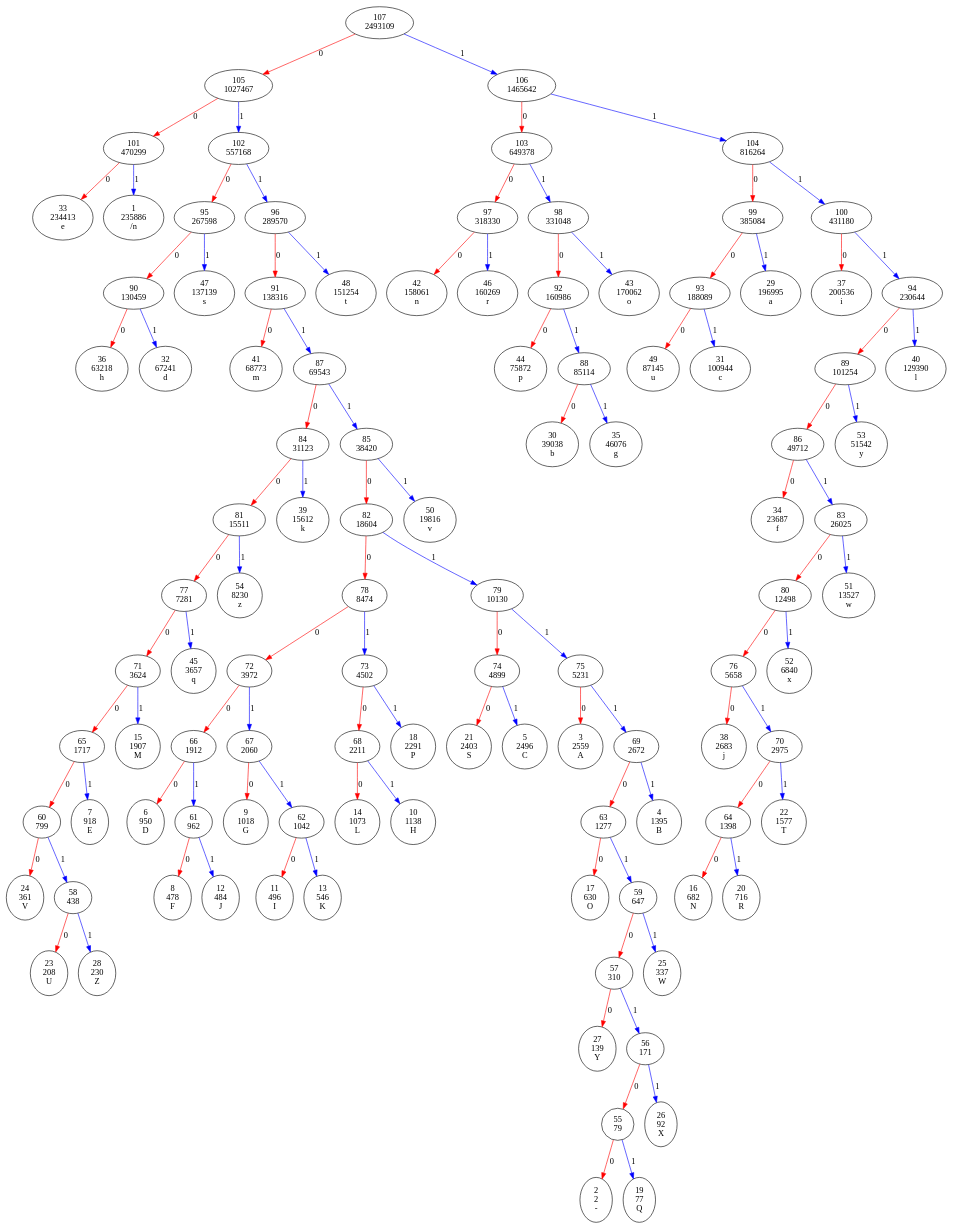
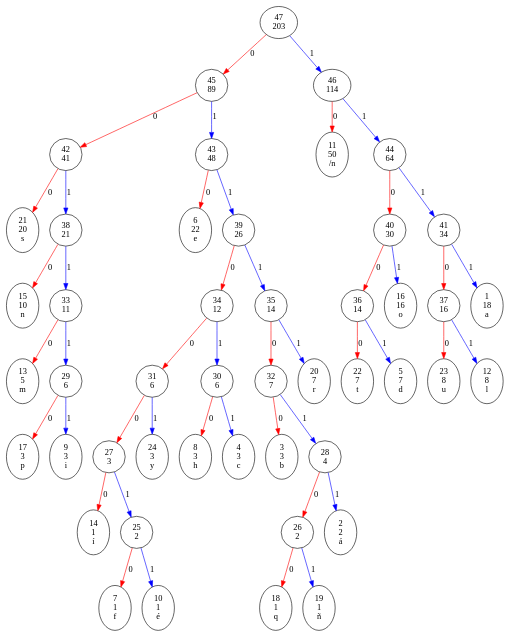
Before and after one commit to two-astronauts/java-huffman-coding: the diagram in files/test.dot, drawn with Graphviz. The commit also changed 6 other files, not shown here.

```diff
--- a/files/test.dot
+++ b/files/test.dot
@@ -1,109 +1,49 @@
 ## Command to generate pdf:  dot -Tpdf test.dot -o test.pdf
 digraph g {
- "107\n2493109" -> "105\n1027467" [color=red, label=0]
- "105\n1027467" -> "101\n470299" [color=red, label=0]
- "101\n470299" -> "33\n234413\n e" [color=red, label=0]
- "101\n470299" -> "1\n235886\n /n" [color=blue, label=1]
- "105\n1027467" -> "102\n557168" [color=blue, label=1]
- "102\n557168" -> "95\n267598" [color=red, label=0]
- "95\n267598" -> "90\n130459" [color=red, label=0]
- "90\n130459" -> "36\n63218\n h" [color=red, label=0]
- "90\n130459" -> "32\n67241\n d" [color=blue, label=1]
- "95\n267598" -> "47\n137139\n s" [color=blue, label=1]
- "102\n557168" -> "96\n289570" [color=blue, label=1]
- "96\n289570" -> "91\n138316" [color=red, label=0]
- "91\n138316" -> "41\n68773\n m" [color=red, label=0]
- "91\n138316" -> "87\n69543" [color=blue, label=1]
- "87\n69543" -> "84\n31123" [color=red, label=0]
- "84\n31123" -> "81\n15511" [color=red, label=0]
- "81\n15511" -> "77\n7281" [color=red, label=0]
- "77\n7281" -> "71\n3624" [color=red, label=0]
- "71\n3624" -> "65\n1717" [color=red, label=0]
- "65\n1717" -> "60\n799" [color=red, label=0]
- "60\n799" -> "24\n361\n V" [color=red, label=0]
- "60\n799" -> "58\n438" [color=blue, label=1]
- "58\n438" -> "23\n208\n U" [color=red, label=0]
- "58\n438" -> "28\n230\n Z" [color=blue, label=1]
- "65\n1717" -> "7\n918\n E" [color=blue, label=1]
- "71\n3624" -> "15\n1907\n M" [color=blue, label=1]
- "77\n7281" -> "45\n3657\n q" [color=blue, label=1]
- "81\n15511" -> "54\n8230\n z" [color=blue, label=1]
- "84\n31123" -> "39\n15612\n k" [color=blue, label=1]
- "87\n69543" -> "85\n38420" [color=blue, label=1]
- "85\n38420" -> "82\n18604" [color=red, label=0]
- "82\n18604" -> "78\n8474" [color=red, label=0]
- "78\n8474" -> "72\n3972" [color=red, label=0]
- "72\n3972" -> "66\n1912" [color=red, label=0]
- "66\n1912" -> "6\n950\n D" [color=red, label=0]
- "66\n1912" -> "61\n962" [color=blue, label=1]
- "61\n962" -> "8\n478\n F" [color=red, label=0]
- "61\n962" -> "12\n484\n J" [color=blue, label=1]
- "72\n3972" -> "67\n2060" [color=blue, label=1]
- "67\n2060" -> "9\n1018\n G" [color=red, label=0]
- "67\n2060" -> "62\n1042" [color=blue, label=1]
- "62\n1042" -> "11\n496\n I" [color=red, label=0]
- "62\n1042" -> "13\n546\n K" [color=blue, label=1]
- "78\n8474" -> "73\n4502" [color=blue, label=1]
- "73\n4502" -> "68\n2211" [color=red, label=0]
- "68\n2211" -> "14\n1073\n L" [color=red, label=0]
- "68\n2211" -> "10\n1138\n H" [color=blue, label=1]
- "73\n4502" -> "18\n2291\n P" [color=blue, label=1]
- "82\n18604" -> "79\n10130" [color=blue, label=1]
- "79\n10130" -> "74\n4899" [color=red, label=0]
- "74\n4899" -> "21\n2403\n S" [color=red, label=0]
- "74\n4899" -> "5\n2496\n C" [color=blue, label=1]
- "79\n10130" -> "75\n5231" [color=blue, label=1]
- "75\n5231" -> "3\n2559\n A" [color=red, label=0]
- "75\n5231" -> "69\n2672" [color=blue, label=1]
- "69\n2672" -> "63\n1277" [color=red, label=0]
- "63\n1277" -> "17\n630\n O" [color=red, label=0]
- "63\n1277" -> "59\n647" [color=blue, label=1]
- "59\n647" -> "57\n310" [color=red, label=0]
- "57\n310" -> "27\n139\n Y" [color=red, label=0]
- "57\n310" -> "56\n171" [color=blue, label=1]
- "56\n171" -> "55\n79" [color=red, label=0]
- "55\n79" -> "2\n2\n -" [color=red, label=0]
- "55\n79" -> "19\n77\n Q" [color=blue, label=1]
- "56\n171" -> "26\n92\n X" [color=blue, label=1]
- "59\n647" -> "25\n337\n W" [color=blue, label=1]
- "69\n2672" -> "4\n1395\n B" [color=blue, label=1]
- "85\n38420" -> "50\n19816\n v" [color=blue, label=1]
- "96\n289570" -> "48\n151254\n t" [color=blue, label=1]
- "107\n2493109" -> "106\n1465642" [color=blue, label=1]
- "106\n1465642" -> "103\n649378" [color=red, label=0]
- "103\n649378" -> "97\n318330" [color=red, label=0]
- "97\n318330" -> "42\n158061\n n" [color=red, label=0]
- "97\n318330" -> "46\n160269\n r" [color=blue, label=1]
- "103\n649378" -> "98\n331048" [color=blue, label=1]
- "98\n331048" -> "92\n160986" [color=red, label=0]
- "92\n160986" -> "44\n75872\n p" [color=red, label=0]
- "92\n160986" -> "88\n85114" [color=blue, label=1]
- "88\n85114" -> "30\n39038\n b" [color=red, label=0]
- "88\n85114" -> "35\n46076\n g" [color=blue, label=1]
- "98\n331048" -> "43\n170062\n o" [color=blue, label=1]
- "106\n1465642" -> "104\n816264" [color=blue, label=1]
- "104\n816264" -> "99\n385084" [color=red, label=0]
- "99\n385084" -> "93\n188089" [color=red, label=0]
- "93\n188089" -> "49\n87145\n u" [color=red, label=0]
- "93\n188089" -> "31\n100944\n c" [color=blue, label=1]
- "99\n385084" -> "29\n196995\n a" [color=blue, label=1]
- "104\n816264" -> "100\n431180" [color=blue, label=1]
- "100\n431180" -> "37\n200536\n i" [color=red, label=0]
- "100\n431180" -> "94\n230644" [color=blue, label=1]
- "94\n230644" -> "89\n101254" [color=red, label=0]
- "89\n101254" -> "86\n49712" [color=red, label=0]
- "86\n49712" -> "34\n23687\n f" [color=red, label=0]
- "86\n49712" -> "83\n26025" [color=blue, label=1]
- "83\n26025" -> "80\n12498" [color=red, label=0]
- "80\n12498" -> "76\n5658" [color=red, label=0]
- "76\n5658" -> "38\n2683\n j" [color=red, label=0]
- "76\n5658" -> "70\n2975" [color=blue, label=1]
- "70\n2975" -> "64\n1398" [color=red, label=0]
- "64\n1398" -> "16\n682\n N" [color=red, label=0]
- "64\n1398" -> "20\n716\n R" [color=blue, label=1]
- "70\n2975" -> "22\n1577\n T" [color=blue, label=1]
- "80\n12498" -> "52\n6840\n x" [color=blue, label=1]
- "83\n26025" -> "51\n13527\n w" [color=blue, label=1]
- "89\n101254" -> "53\n51542\n y" [color=blue, label=1]
- "94\n230644" -> "40\n129390\n l" [color=blue, label=1]
+ "47\n203" -> "45\n89" [color=red, label=0]
+ "45\n89" -> "42\n41" [color=red, label=0]
+ "42\n41" -> "21\n20\n s" [color=red, label=0]
+ "42\n41" -> "38\n21" [color=blue, label=1]
+ "38\n21" -> "15\n10\n n" [color=red, label=0]
+ "38\n21" -> "33\n11" [color=blue, label=1]
+ "33\n11" -> "13\n5\n m" [color=red, label=0]
+ "33\n11" -> "29\n6" [color=blue, label=1]
+ "29\n6" -> "17\n3\n p" [color=red, label=0]
+ "29\n6" -> "9\n3\n i" [color=blue, label=1]
+ "45\n89" -> "43\n48" [color=blue, label=1]
+ "43\n48" -> "6\n22\n e" [color=red, label=0]
+ "43\n48" -> "39\n26" [color=blue, label=1]
+ "39\n26" -> "34\n12" [color=red, label=0]
+ "34\n12" -> "31\n6" [color=red, label=0]
+ "31\n6" -> "27\n3" [color=red, label=0]
+ "27\n3" -> "14\n1\n í" [color=red, label=0]
+ "27\n3" -> "25\n2" [color=blue, label=1]
+ "25\n2" -> "7\n1\n f" [color=red, label=0]
+ "25\n2" -> "10\n1\n é" [color=blue, label=1]
+ "31\n6" -> "24\n3\n y" [color=blue, label=1]
+ "34\n12" -> "30\n6" [color=blue, label=1]
+ "30\n6" -> "8\n3\n h" [color=red, label=0]
+ "30\n6" -> "4\n3\n c" [color=blue, label=1]
+ "39\n26" -> "35\n14" [color=blue, label=1]
+ "35\n14" -> "32\n7" [color=red, label=0]
+ "32\n7" -> "3\n3\n b" [color=red, label=0]
+ "32\n7" -> "28\n4" [color=blue, label=1]
+ "28\n4" -> "26\n2" [color=red, label=0]
+ "26\n2" -> "18\n1\n q" [color=red, label=0]
+ "26\n2" -> "19\n1\n ñ" [color=blue, label=1]
+ "28\n4" -> "2\n2\n á" [color=blue, label=1]
+ "35\n14" -> "20\n7\n r" [color=blue, label=1]
+ "47\n203" -> "46\n114" [color=blue, label=1]
+ "46\n114" -> "11\n50\n /n" [color=red, label=0]
+ "46\n114" -> "44\n64" [color=blue, label=1]
+ "44\n64" -> "40\n30" [color=red, label=0]
+ "40\n30" -> "36\n14" [color=red, label=0]
+ "36\n14" -> "22\n7\n t" [color=red, label=0]
+ "36\n14" -> "5\n7\n d" [color=blue, label=1]
+ "40\n30" -> "16\n16\n o" [color=blue, label=1]
+ "44\n64" -> "41\n34" [color=blue, label=1]
+ "41\n34" -> "37\n16" [color=red, label=0]
+ "37\n16" -> "23\n8\n u" [color=red, label=0]
+ "37\n16" -> "12\n8\n l" [color=blue, label=1]
+ "41\n34" -> "1\n18\n a" [color=blue, label=1]
 }
```
